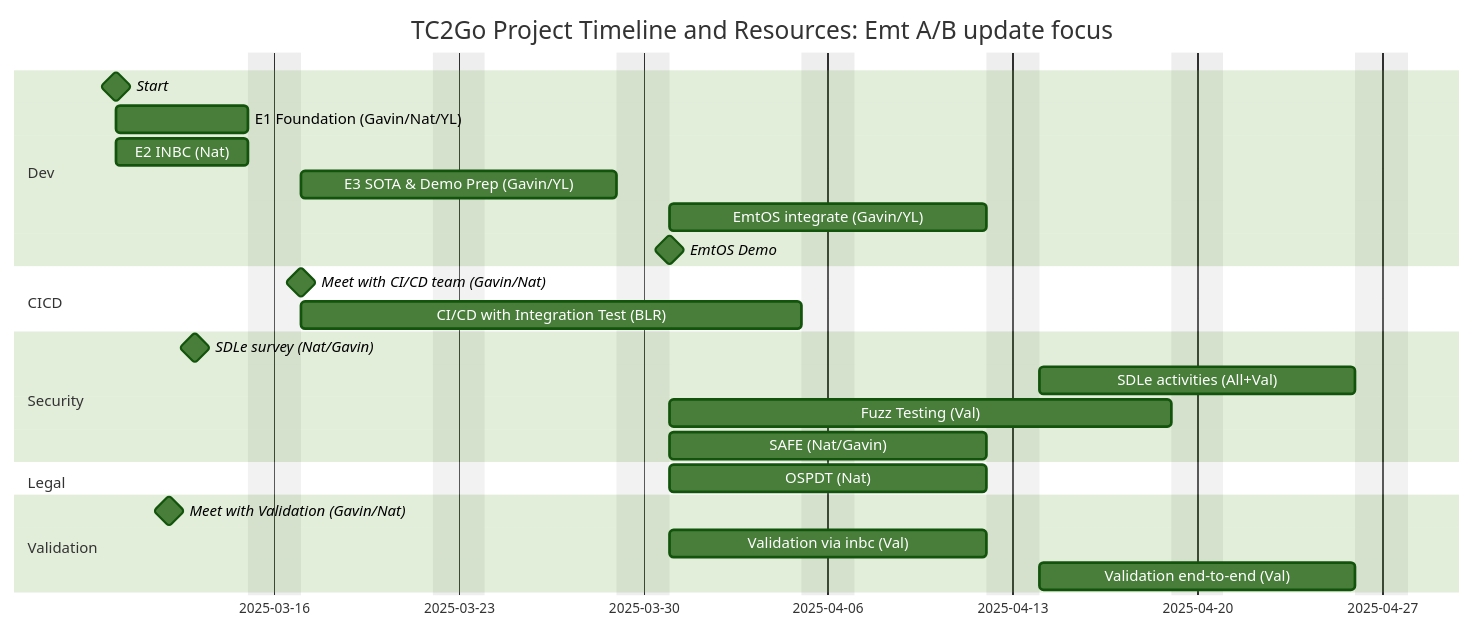
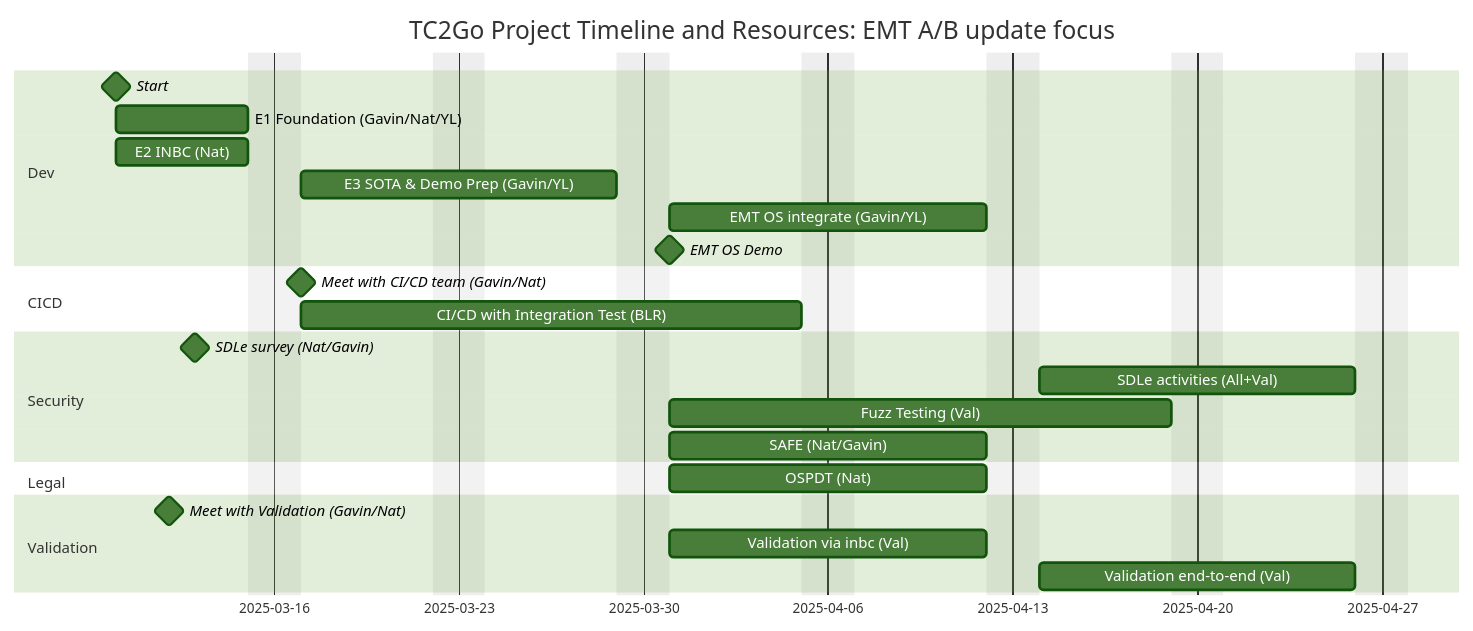
The diagram in doc/timelineAndResources.md (intel/intel-inb-manageability), drawn with Mermaid (forest theme) before and after one commit. The commit also changed 3 other files, not shown here.

````diff
--- a/doc/timelineAndResources.md
+++ b/doc/timelineAndResources.md
@@ -1,33 +1,33 @@
 ```mermaid
 gantt
-    title TC2Go Project Timeline and Resources: Emt A/B update focus
+    title TC2Go Project Timeline and Resources: EMT A/B update focus
     dateFormat  YYYY-MM-DD
     tickInterval 1week
     excludes weekends
 
     section Dev
         Start                             :milestone, :start, 2025-03-10, 0d
         E1 Foundation (Gavin/Nat/YL)    :foundation, 2025-03-10, 5d
         E2 INBC (Nat)                     :inbc, 2025-03-10, 5d
         E3 SOTA & Demo Prep (Gavin/YL)    :sotademo, after inbc, 10d
-        EmtOS integrate (Gavin/YL) :spec, after sotademo, 10d
-        EmtOS Demo                              :milestone, :demo, 2025-03-31, 0d
+        EMT OS integrate (Gavin/YL) :spec, after sotademo, 10d
+        EMT OS Demo                              :milestone, :demo, 2025-03-31, 0d
 
     section CICD
         Meet with CI/CD team (Gavin/Nat)          :milestone, :meetcicd, 2025-03-17, 0d
         CI/CD with Integration Test (BLR)         :cicd, 2025-03-17, 15d
     
     section Security
         SDLe survey (Nat/Gavin)           :milestone, :survey, 2025-03-13, 0d
         SDLe activities (All+Val)         :sdle, after safe, 10d
         Fuzz Testing (Val)                :fuzz, 2025-03-31, 15d
         SAFE (Nat/Gavin)                  :safe, 2025-03-31, 10d
 
     section Legal
         OSPDT (Nat)                       :ospdt, 2025-03-31, 10d
     
     section Validation
         Meet with Validation (Gavin/Nat) :milestone, :meetval, 2025-03-12, 0d
         Validation via inbc (Val)        :valinbc, after sotademo, 10d
         Validation end-to-end (Val)      :vale2e, after spec, 10d
 ```
````
